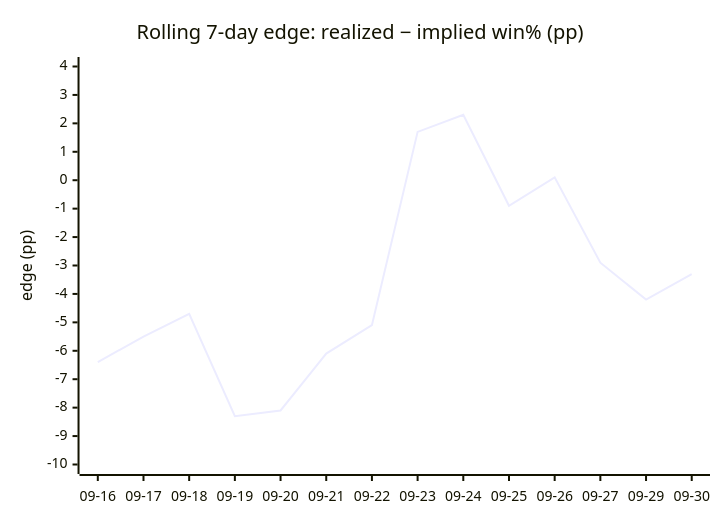
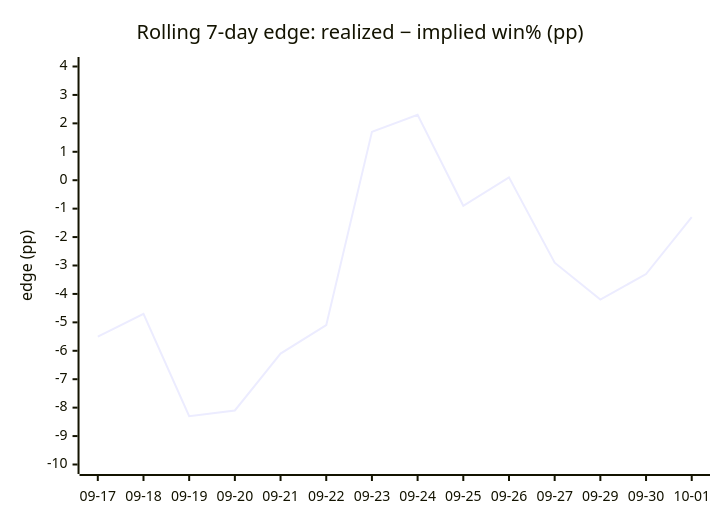
Before and after one commit to dpk1212/nhl-savant: the fourth of 4 diagrams in DAILY_AGSU_REPORT.md, drawn with Mermaid. The commit also changed other lines of this file, not shown here.

````diff
--- a/DAILY_AGSU_REPORT.md
+++ b/DAILY_AGSU_REPORT.md
@@ -848,7 +869,7 @@
 ```mermaid
 xychart-beta
     title "Rolling 7-day edge: realized − implied win% (pp)"
-    x-axis ["09-16", "09-17", "09-18", "09-19", "09-20", "09-21", "09-22", "09-23", "09-24", "09-25", "09-26", "09-27", "09-29", "09-30"]
+    x-axis ["09-17", "09-18", "09-19", "09-20", "09-21", "09-22", "09-23", "09-24", "09-25", "09-26", "09-27", "09-29", "09-30", "10-01"]
     y-axis "edge (pp)" -10 --> 4
-    line [-6.4, -5.5, -4.7, -8.3, -8.1, -6.1, -5.1, 1.7, 2.3, -0.9, 0.1, -2.9, -4.2, -3.3]
+    line [-5.5, -4.7, -8.3, -8.1, -6.1, -5.1, 1.7, 2.3, -0.9, 0.1, -2.9, -4.2, -3.3, -1.3]
 ```
````
